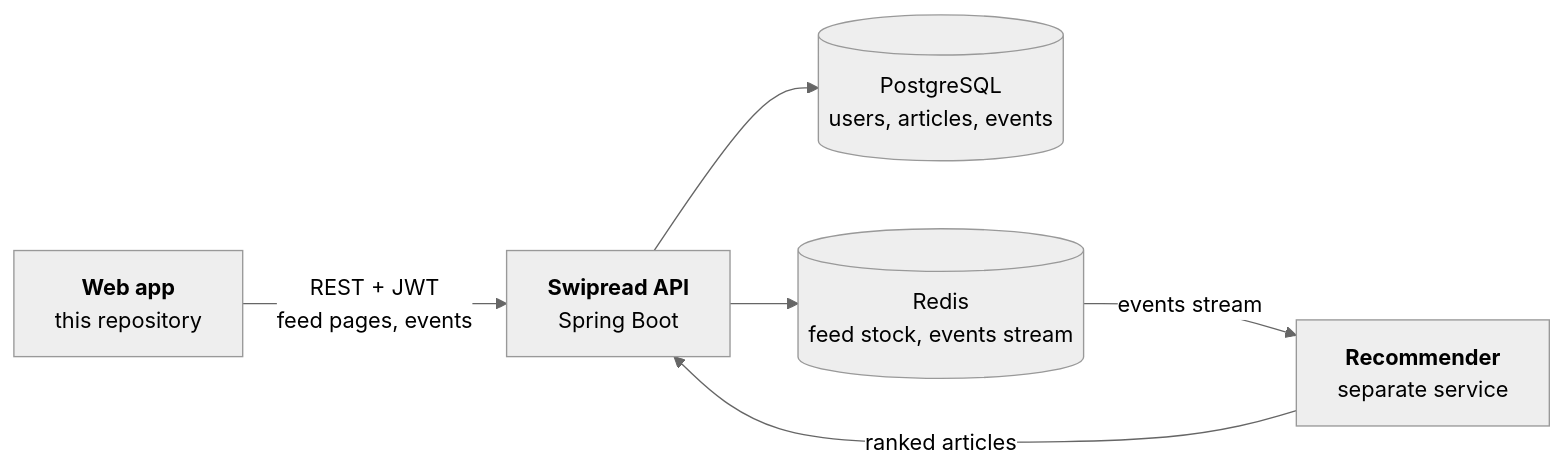
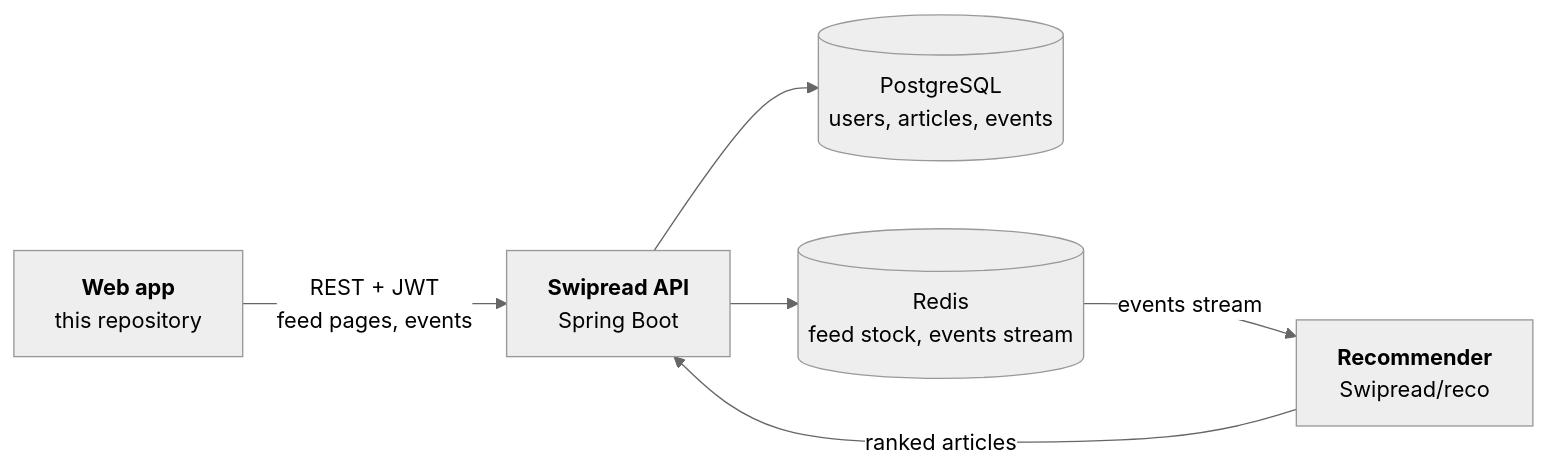
One commit to Swipread/web changed the diagram in README.md. Above: the diagram before and after it, drawn with Mermaid (neutral theme). The commit also changed other lines of this file and 1 other file, not shown here.

Commit message:
docs: link the recommendation service, version 1.1.0 in production

````diff
--- a/README.md
+++ b/README.md
@@ -33,8 +33,8 @@
 ```mermaid
 flowchart LR
     Web["<b>Web app</b><br/>this repository"] -- "REST + JWT<br/>feed pages, events" --> API["<b>Swipread API</b><br/>Spring Boot"]
     API --> PG[(PostgreSQL<br/>users, articles, events)]
     API --> Redis[(Redis<br/>feed stock, events stream)]
-    Redis -- "events stream" --> Reco["<b>Recommender</b><br/>separate service"]
+    Redis -- "events stream" --> Reco["<b>Recommender</b><br/>Swipread/reco"]
     Reco -- "ranked articles" --> API
 ```
````
